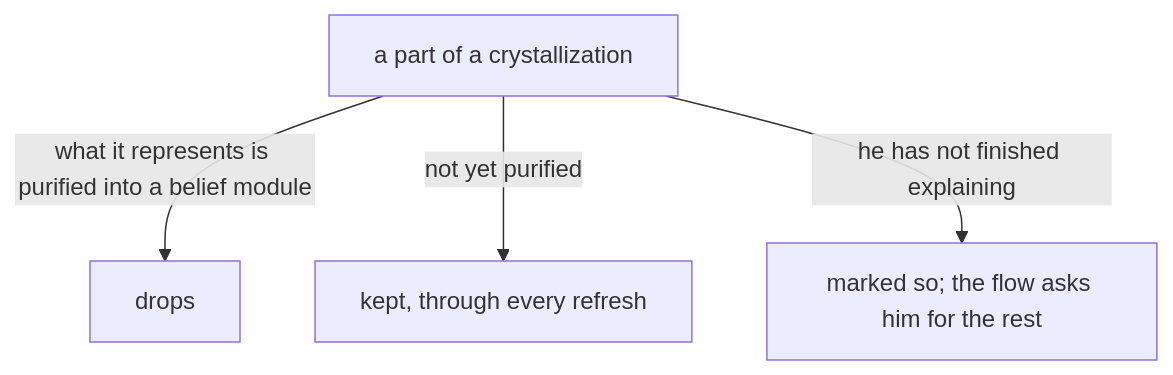
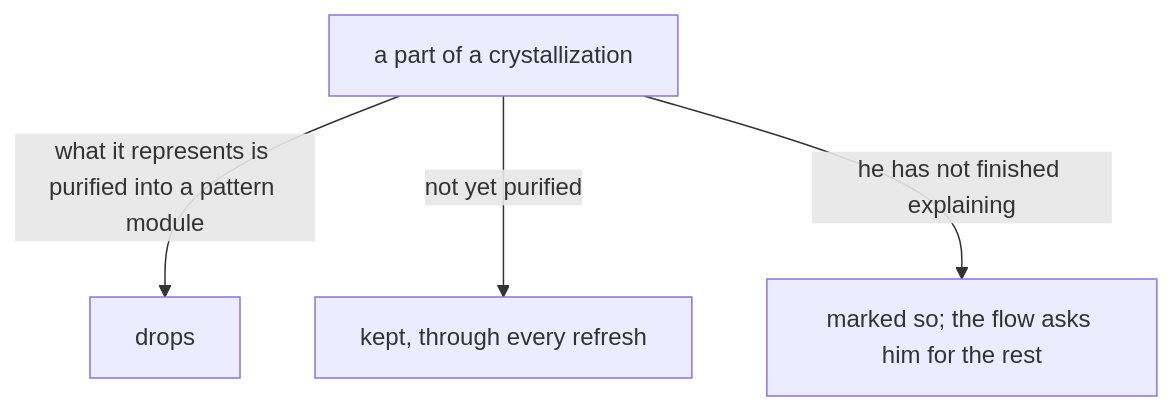
Before and after one commit to LiGoldragon/psyche-belief: the third of 5 diagrams in vision/crystallization/0.md, drawn with Mermaid. The commit also changed other lines of this file and 15 other files, not shown here.

First line of the commit message:
vision: belief becomes pattern, throughout (the living's word)

````diff
--- a/vision/crystallization/0.md
+++ b/vision/crystallization/0.md
@@ -73,6 +73,6 @@
 ```mermaid
 flowchart TB
-    p["a part of a crystallization"] -- "what it represents is purified into a belief module" --> d["drops"]
+    p["a part of a crystallization"] -- "what it represents is purified into a pattern module" --> d["drops"]
     p -- "not yet purified" --> k["kept, through every refresh"]
     p -- "he has not finished explaining" --> q["marked so; the flow asks him for the rest"]
 ```
````
